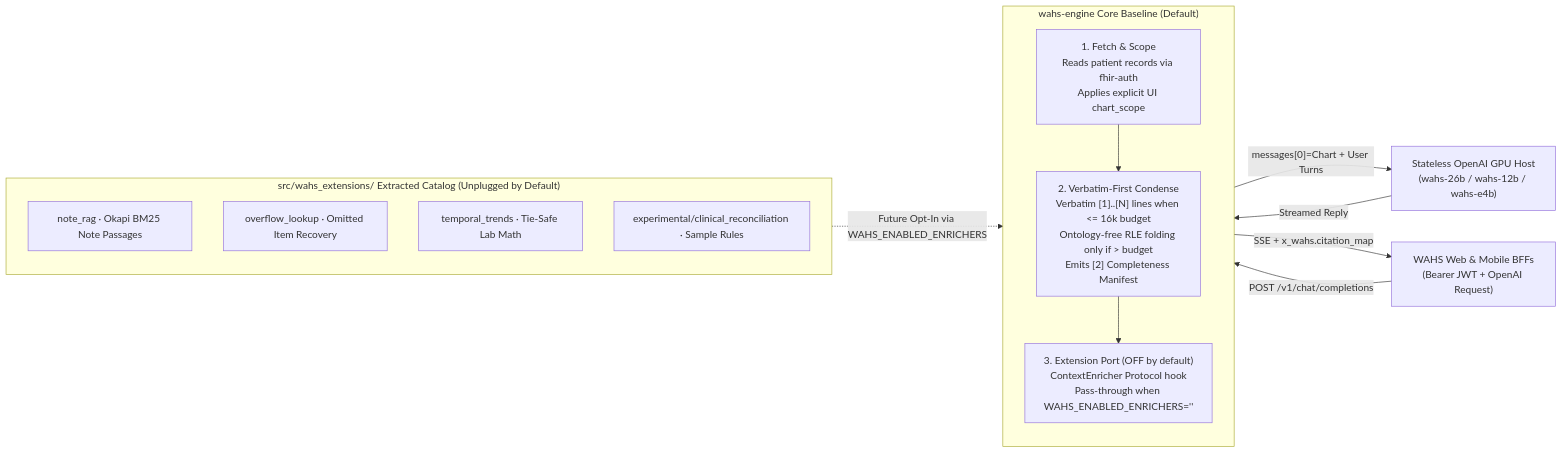
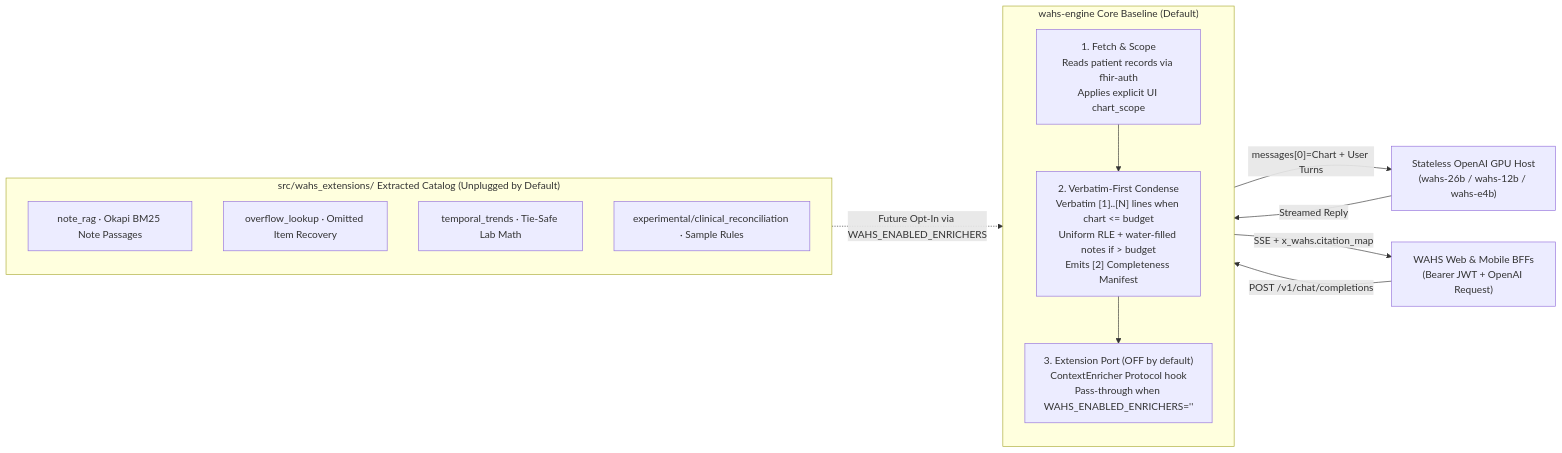
Before and after one commit to pmanko/wahs-engine: the diagram in README.md, drawn with Mermaid. The commit also changed other lines of this file and 11 other files, not shown here.

````diff
--- a/README.md
+++ b/README.md
@@ -7,28 +7,28 @@
 ```mermaid
 flowchart LR
   App["WAHS Web & Mobile BFFs<br/>(Bearer JWT + OpenAI Request)"]
 
   subgraph Engine["wahs-engine Core Baseline (Default)"]
     direction TB
     S1["1. Fetch & Scope<br/>Reads patient records via fhir-auth<br/>Applies explicit UI chart_scope"]
-    S2["2. Verbatim-First Condense<br/>Verbatim [1]..[N] lines when <= 16k budget<br/>Ontology-free RLE folding only if > budget<br/>Emits [2] Completeness Manifest"]
+    S2["2. Verbatim-First Condense<br/>Verbatim [1]..[N] lines when chart <= budget<br/>Uniform RLE + water-filled notes if > budget<br/>Emits [2] Completeness Manifest"]
     S3["3. Extension Port (OFF by default)<br/>ContextEnricher Protocol hook<br/>Pass-through when WAHS_ENABLED_ENRICHERS=''"]
     S1 --> S2 --> S3
   end
 
   GPU["Stateless OpenAI GPU Host<br/>(wahs-26b / wahs-12b / wahs-e4b)"]
 
   subgraph Shelf["src/wahs_extensions/ Extracted Catalog (Unplugged by Default)"]
     direction TB
     X1["note_rag · Okapi BM25 Note Passages"]
     X2["overflow_lookup · Omitted Item Recovery"]
     X3["temporal_trends · Tie-Safe Lab Math"]
     X4["experimental/clinical_reconciliation · Sample Rules"]
   end
 
   App -->|"POST /v1/chat/completions"| Engine
   Engine -->|"messages[0]=Chart + User Turns"| GPU
   GPU -->|"Streamed Reply"| Engine
   Engine -->|"SSE + x_wahs.citation_map"| App
   Shelf -.->|"Future Opt-In via WAHS_ENABLED_ENRICHERS"| S3
 ```
````
